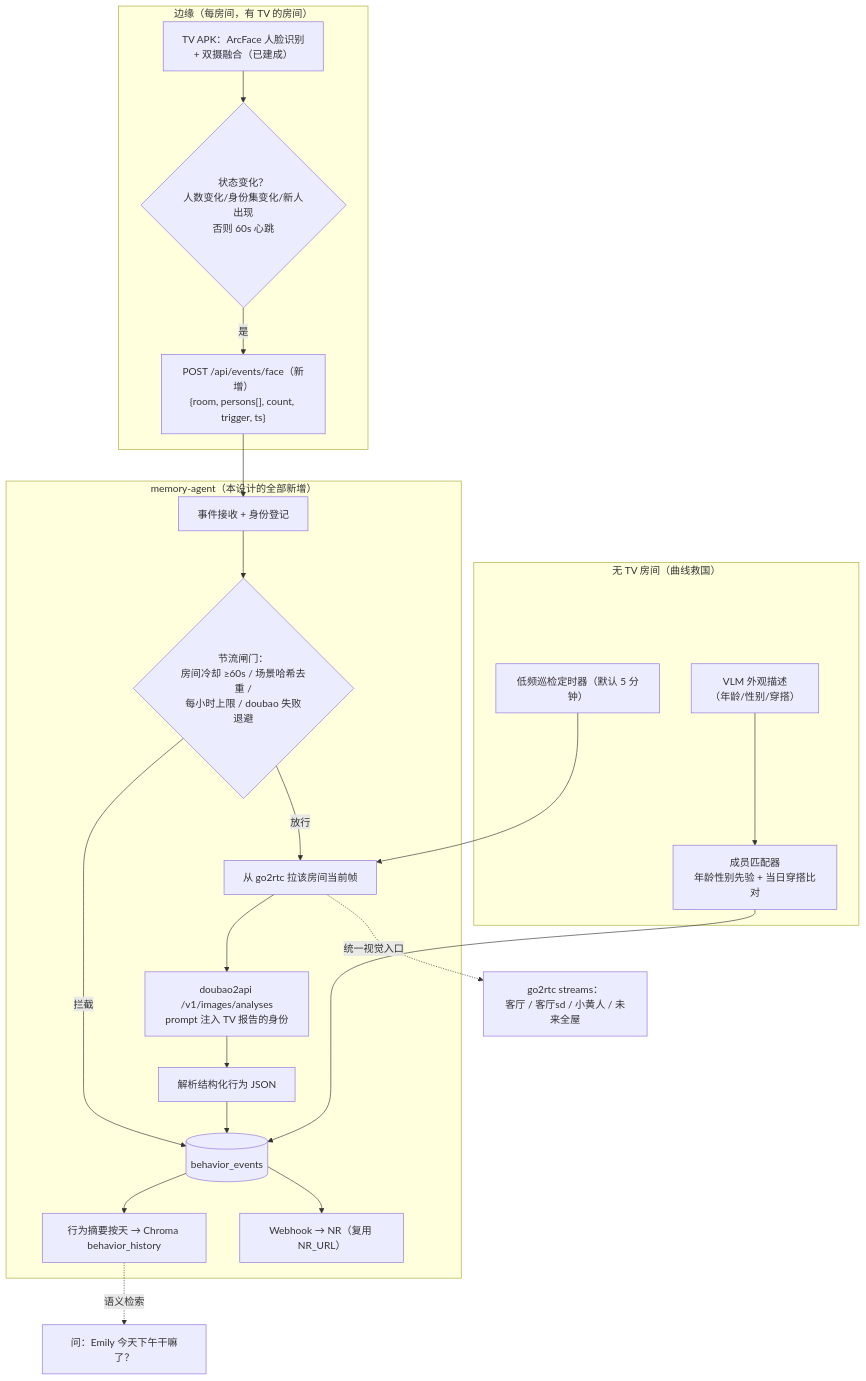
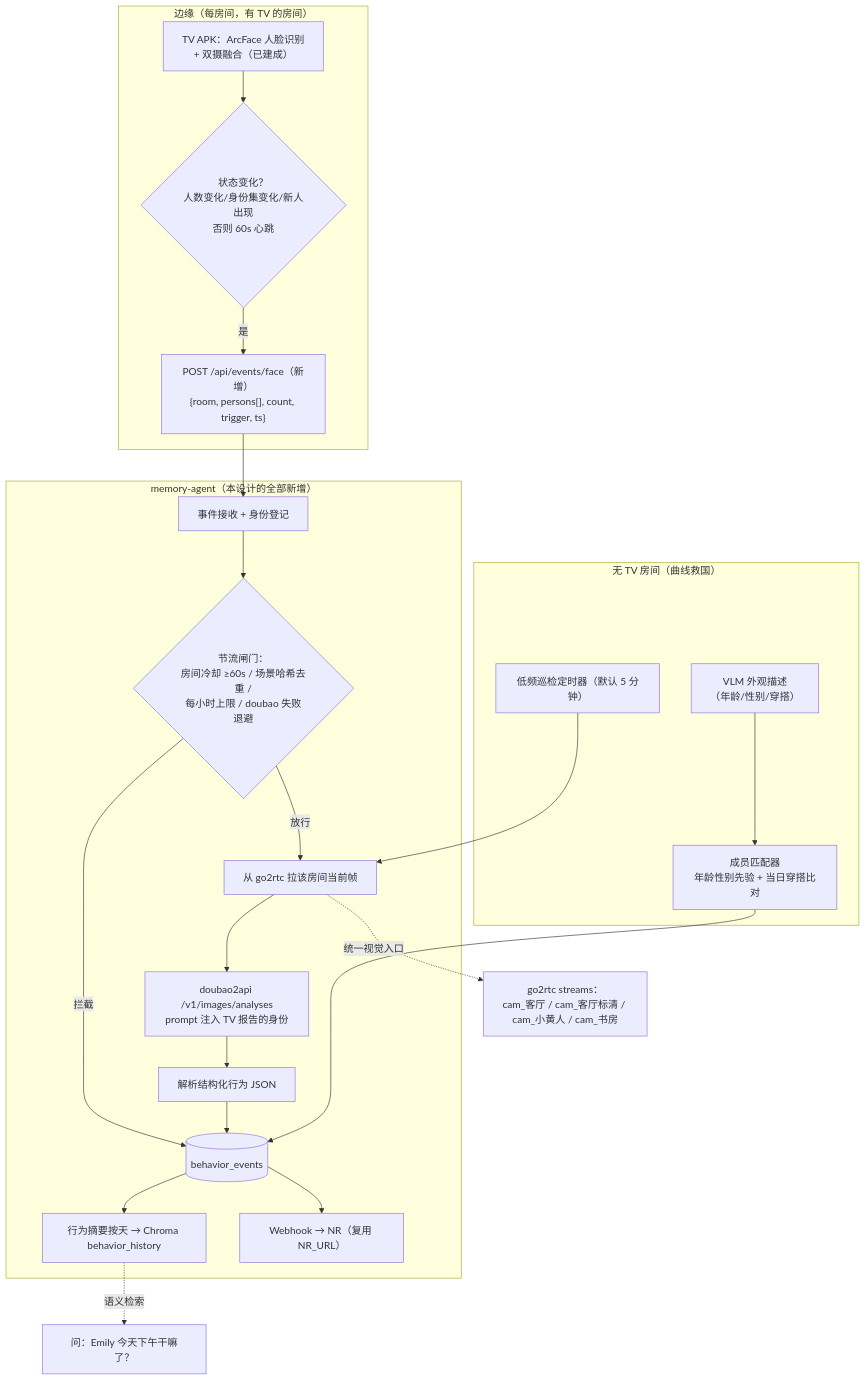
The diagram in docs/vision-behavior-spec.md (lidicn/memory-agent), drawn with Mermaid before and after one commit. The commit also changed other lines of this file and 123 other files, not shown here.

````diff
--- a/docs/vision-behavior-spec.md
+++ b/docs/vision-behavior-spec.md
@@ -41,28 +41,28 @@
 ```mermaid
 flowchart TD
     subgraph Edge["边缘（每房间，有 TV 的房间）"]
         A["TV APK：ArcFace 人脸识别<br/>+ 双摄融合（已建成）"] --> B{"状态变化？<br/>人数变化/身份集变化/新人出现<br/>否则 60s 心跳"}
         B -->|是| C["POST /api/events/face（新增）<br/>{room, persons[], count, trigger, ts}"]
     end
 
     C --> D
     subgraph Hub["memory-agent（本设计的全部新增）"]
         D["事件接收 + 身份登记"] --> E{"节流闸门：<br/>房间冷却 ≥60s / 场景哈希去重 /<br/>每小时上限 / doubao 失败退避"}
         E -->|放行| F["从 go2rtc 拉该房间当前帧"]
         F --> G["doubao2api /v1/images/analyses<br/>prompt 注入 TV 报告的身份"]
         E -->|拦截| K[(behavior_events)]
         G --> H["解析结构化行为 JSON"] --> K
         K --> L["行为摘要按天 → Chroma behavior_history"]
         K --> M["Webhook → NR（复用 NR_URL）"]
     end
 
-    F -.统一视觉入口.-> N["go2rtc streams：<br/>客厅 / 客厅sd / 小黄人 / 未来全屋"]
+    F -.统一视觉入口.-> N["go2rtc streams：<br/>cam_客厅 / cam_客厅标清 / cam_小黄人 / cam_书房"]
 
     subgraph NoTV["无 TV 房间（曲线救国）"]
         O["低频巡检定时器（默认 5 分钟）"] --> F
         P["VLM 外观描述<br/>（年龄/性别/穿搭）"] --> Q["成员匹配器<br/>年龄性别先验 + 当日穿搭比对"]
         Q --> K
     end
 
     L -.语义检索.-> R["问：Emily 今天下午干嘛了？"]
 ```
````
